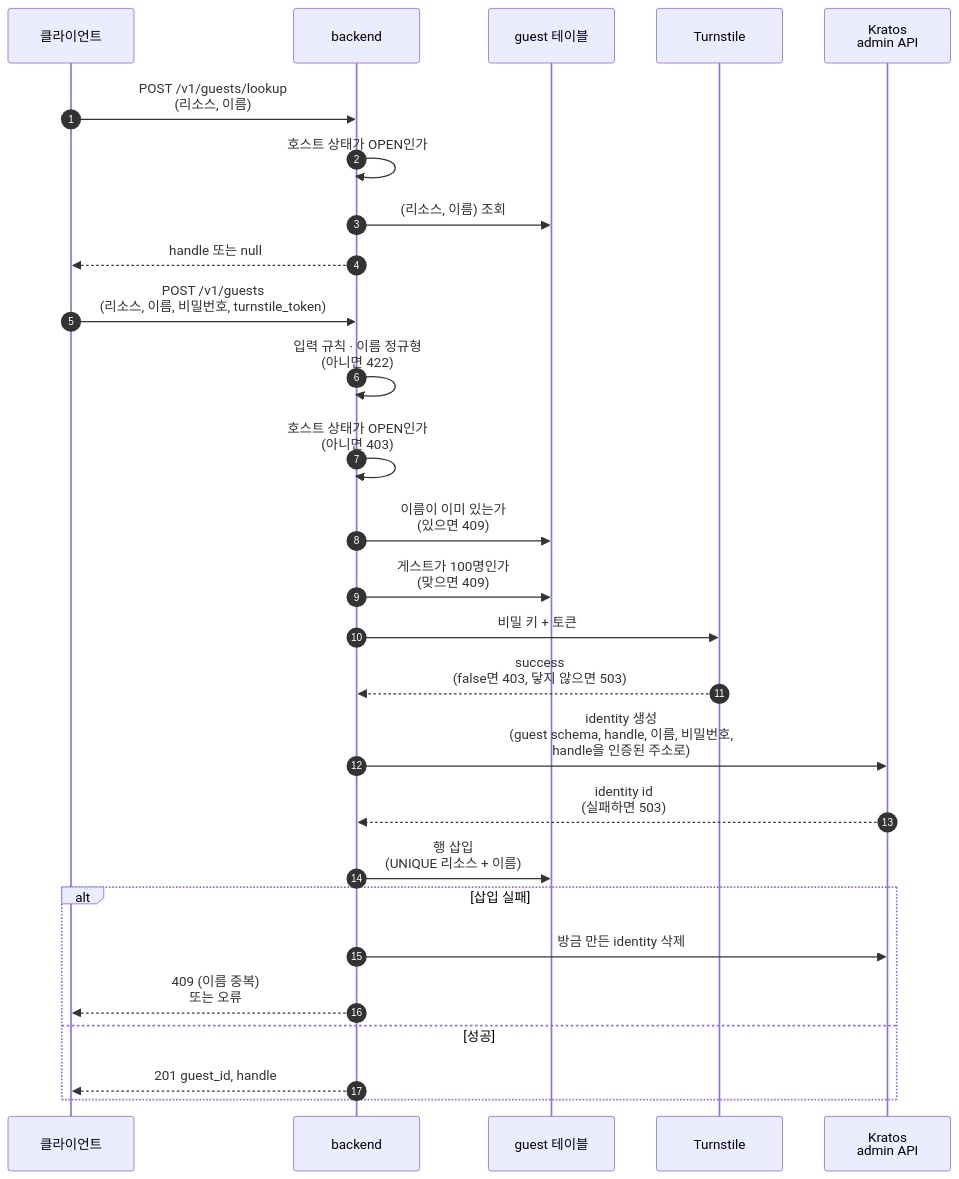
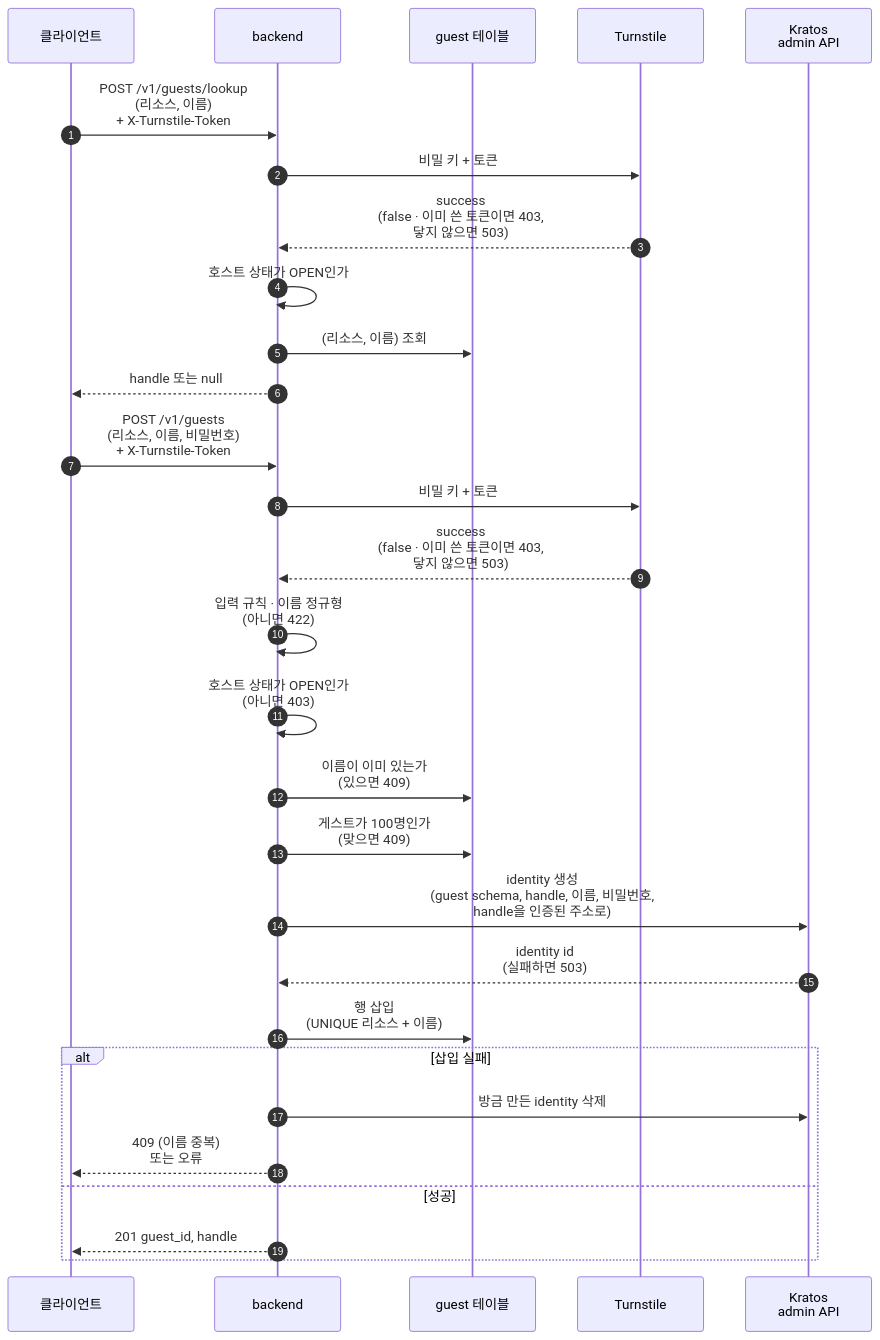
Before and after one commit to onprem-hipster-timer/backend: the second of 10 diagrams in docs/guides/guest.ko.md, drawn with Mermaid. The commit also changed other lines of this file and 13 other files, not shown here.

````diff
--- a/docs/guides/guest.ko.md
+++ b/docs/guides/guest.ko.md
@@ -120,31 +125,33 @@
 ```mermaid
 sequenceDiagram
     autonumber
     participant C as 클라이언트
     participant B as backend
     participant D as guest 테이블
     participant T as Turnstile
     participant K as Kratos<br/>admin API
 
-    C->>B: POST /v1/guests/lookup<br/>(리소스, 이름)
+    C->>B: POST /v1/guests/lookup<br/>(리소스, 이름)<br/>+ X-Turnstile-Token
+    B->>T: 비밀 키 + 토큰
+    T-->>B: success<br/>(false · 이미 쓴 토큰이면 403,<br/>닿지 않으면 503)
     B->>B: 호스트 상태가 OPEN인가
     B->>D: (리소스, 이름) 조회
     B-->>C: handle 또는 null
 
-    C->>B: POST /v1/guests<br/>(리소스, 이름, 비밀번호, turnstile_token)
+    C->>B: POST /v1/guests<br/>(리소스, 이름, 비밀번호)<br/>+ X-Turnstile-Token
+    B->>T: 비밀 키 + 토큰
+    T-->>B: success<br/>(false · 이미 쓴 토큰이면 403,<br/>닿지 않으면 503)
     B->>B: 입력 규칙 · 이름 정규형<br/>(아니면 422)
     B->>B: 호스트 상태가 OPEN인가<br/>(아니면 403)
     B->>D: 이름이 이미 있는가<br/>(있으면 409)
     B->>D: 게스트가 100명인가<br/>(맞으면 409)
-    B->>T: 비밀 키 + 토큰
-    T-->>B: success<br/>(false면 403, 닿지 않으면 503)
     B->>K: identity 생성<br/>(guest schema, handle, 이름, 비밀번호,<br/>handle을 인증된 주소로)
     K-->>B: identity id<br/>(실패하면 503)
     B->>D: 행 삽입<br/>(UNIQUE 리소스 + 이름)
     alt 삽입 실패
         B->>K: 방금 만든 identity 삭제
         B-->>C: 409 (이름 중복)<br/>또는 오류
     else 성공
         B-->>C: 201 guest_id, handle
     end
 ```
````
